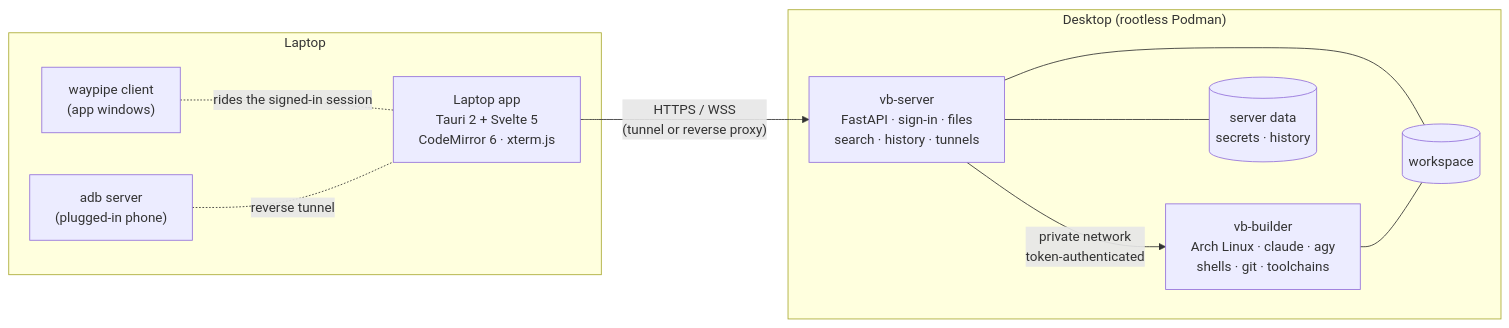
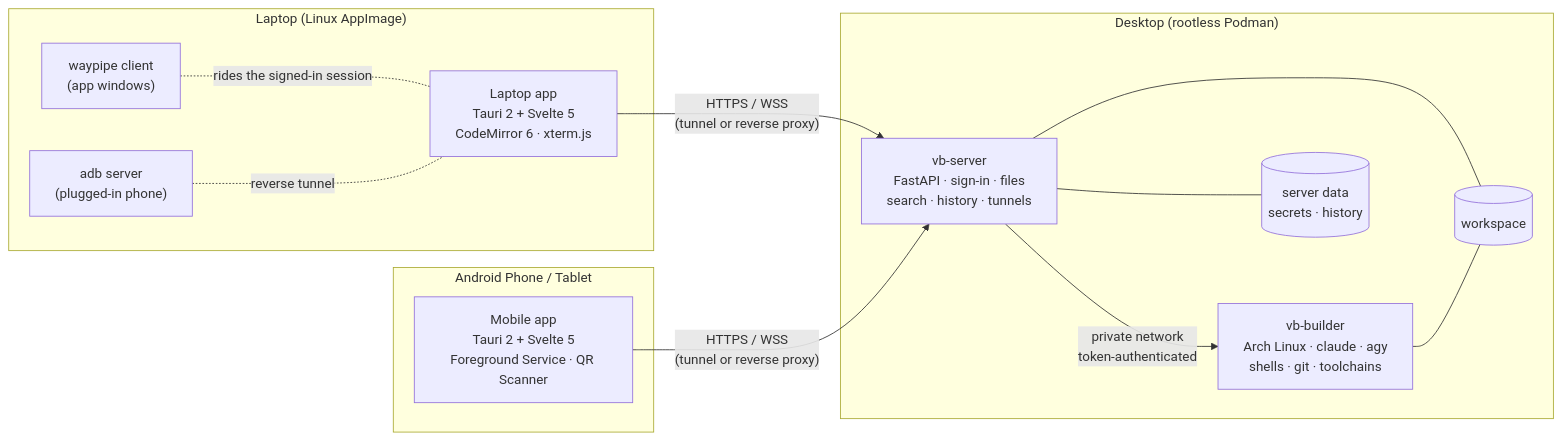
Before and after one commit to Todd0042/VibeBuilder-IDE-public: the diagram in README.md, drawn with Mermaid. The commit also changed other lines of this file and 168 other files, not shown here.

````diff
--- a/README.md
+++ b/README.md
@@ -166,21 +204,25 @@
 ```mermaid
 flowchart LR
-    subgraph Laptop
+    subgraph Laptop["Laptop (Linux AppImage)"]
         APP["Laptop app<br/>Tauri 2 + Svelte 5<br/>CodeMirror 6 · xterm.js"]
         WP["waypipe client<br/>(app windows)"]
         ADB["adb server<br/>(plugged-in phone)"]
+    end
+    subgraph Mobile["Android Phone / Tablet"]
+        MOB["Mobile app<br/>Tauri 2 + Svelte 5<br/>Foreground Service · QR Scanner"]
     end
     subgraph Desktop["Desktop (rootless Podman)"]
         SRV["vb-server<br/>FastAPI · sign-in · files<br/>search · history · tunnels"]
         BLD["vb-builder<br/>Arch Linux · claude · agy<br/>shells · git · toolchains"]
         WS[("workspace")]
         DATA[("server data<br/>secrets · history")]
     end
     APP -- "HTTPS / WSS<br/>(tunnel or reverse proxy)" --> SRV
+    MOB -- "HTTPS / WSS<br/>(tunnel or reverse proxy)" --> SRV
     WP -. "rides the signed-in session" .- APP
     ADB -. "reverse tunnel" .- APP
     SRV -- "private network<br/>token-authenticated" --> BLD
     SRV --- WS
     BLD --- WS
     SRV --- DATA
 ```
````
